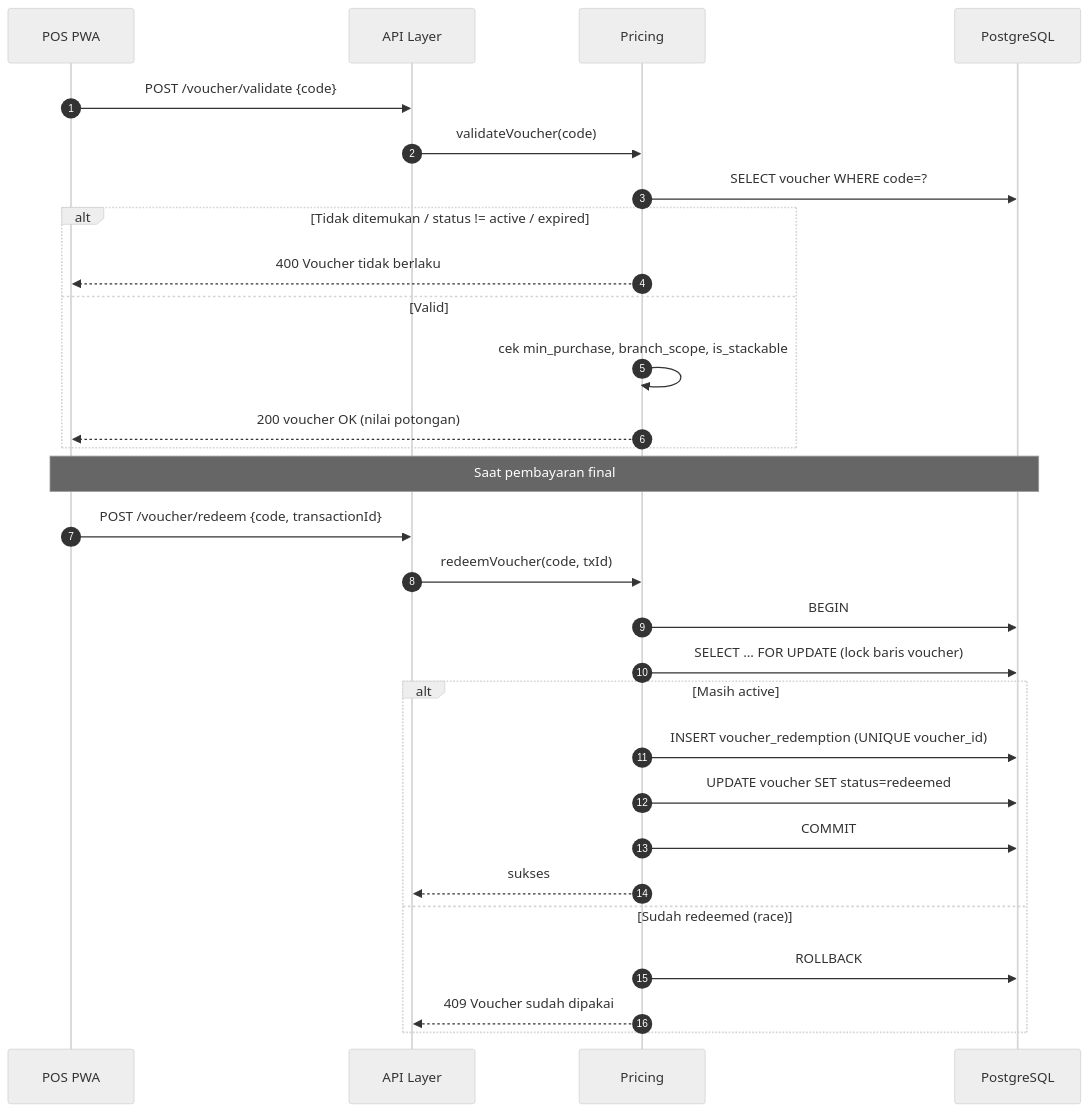
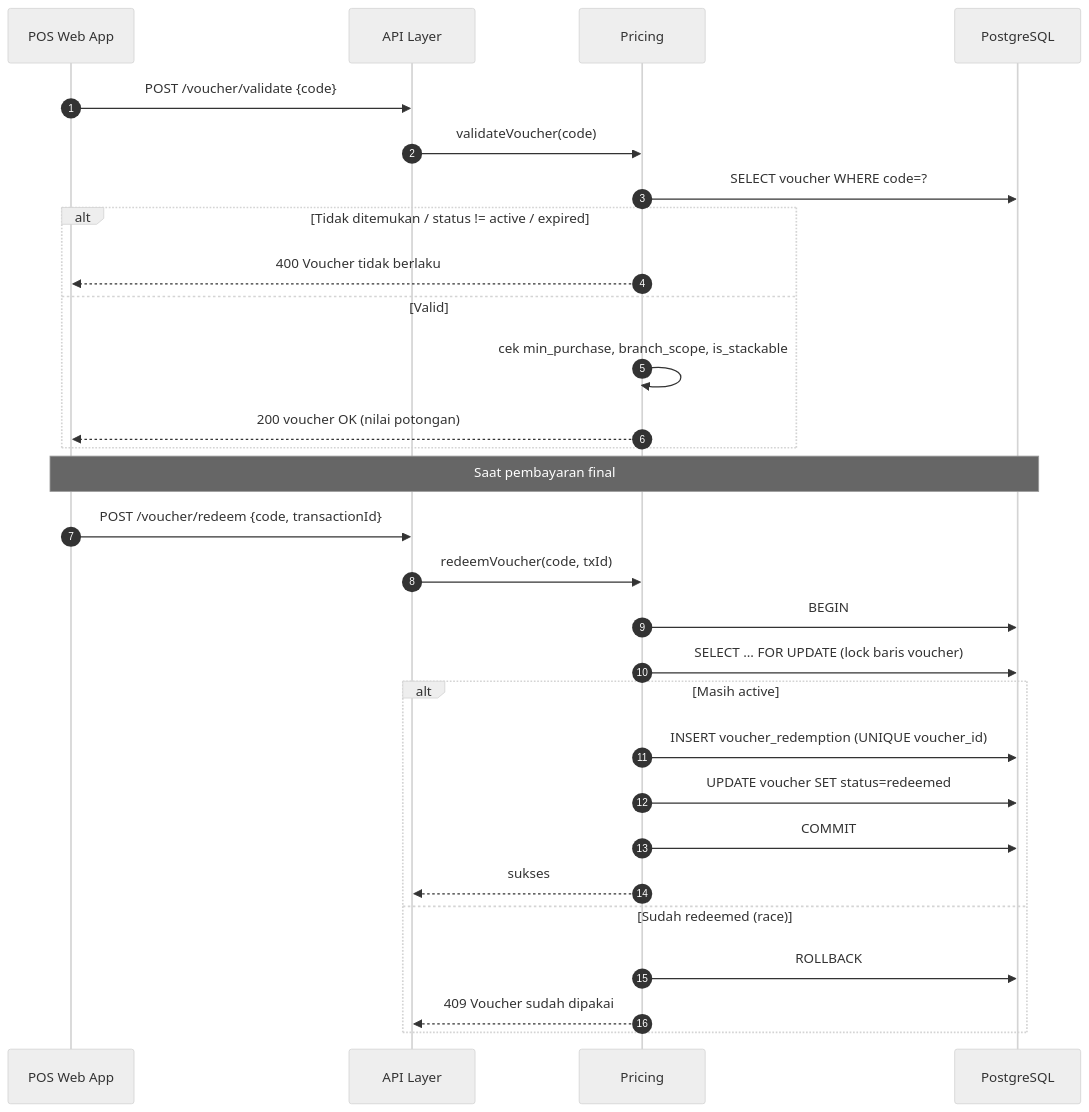
Before and after one commit to whaone/POS2026: the fourth of 31 diagrams in Sequence_Diagram.md, drawn with Mermaid (neutral theme). The commit also changed other lines of this file and 3 other files, not shown here.

````diff
--- a/Sequence_Diagram.md
+++ b/Sequence_Diagram.md
@@ -196,33 +196,33 @@
 ```mermaid
 sequenceDiagram
     autonumber
-    participant PWA as POS PWA
+    participant POS as POS Web App
     participant API as API Layer
     participant PRC as Pricing
     participant DB as PostgreSQL
  
-    PWA->>API: POST /voucher/validate {code}
+    POS->>API: POST /voucher/validate {code}
     API->>PRC: validateVoucher(code)
     PRC->>DB: SELECT voucher WHERE code=?
     alt Tidak ditemukan / status != active / expired
-        PRC-->>PWA: 400 Voucher tidak berlaku
+        PRC-->>POS: 400 Voucher tidak berlaku
     else Valid
         PRC->>PRC: cek min_purchase, branch_scope, is_stackable
-        PRC-->>PWA: 200 voucher OK (nilai potongan)
+        PRC-->>POS: 200 voucher OK (nilai potongan)
     end
  
-    Note over PWA,DB: Saat pembayaran final
-    PWA->>API: POST /voucher/redeem {code, transactionId}
+    Note over POS,DB: Saat pembayaran final
+    POS->>API: POST /voucher/redeem {code, transactionId}
     API->>PRC: redeemVoucher(code, txId)
     PRC->>DB: BEGIN
     PRC->>DB: SELECT ... FOR UPDATE (lock baris voucher)
     alt Masih active
         PRC->>DB: INSERT voucher_redemption (UNIQUE voucher_id)
         PRC->>DB: UPDATE voucher SET status=redeemed
         PRC->>DB: COMMIT
         PRC-->>API: sukses
     else Sudah redeemed (race)
         PRC->>DB: ROLLBACK
         PRC-->>API: 409 Voucher sudah dipakai
     end
 ```
````
